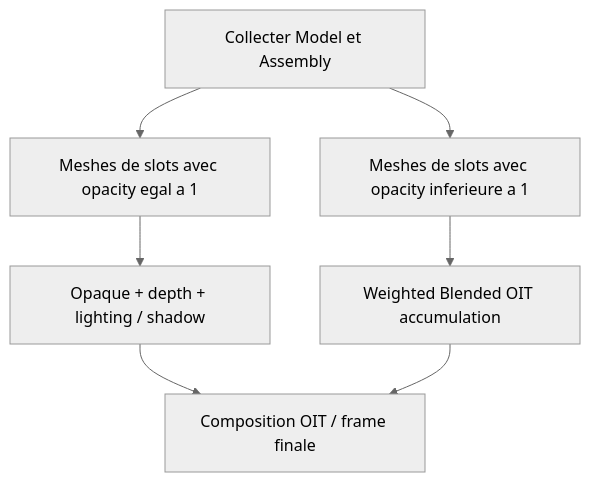
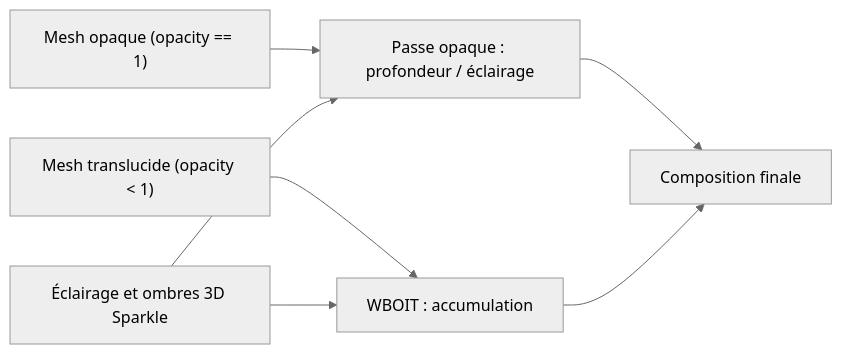
One commit to EreliaStudio/Sparkle changed the seventh of 7 diagrams in docs/voxel-engine-v0.1.4-specification.md. Above: the diagram before and after it, drawn with Mermaid (neutral theme). The commit also changed other lines of this file, not shown here.

Commit message:
docs: refactor voxel v0.1.4 into architecture-only specification

````diff
--- a/docs/voxel-engine-v0.1.4-specification.md
+++ b/docs/voxel-engine-v0.1.4-specification.md
@@ -619,9 +622,9 @@
-~~~mermaid
-flowchart TD
-  A[Collecter Model et Assembly] --> B[Meshes de slots avec opacity egal a 1]
-  A --> C[Meshes de slots avec opacity inferieure a 1]
-  B --> D[Opaque + depth + lighting / shadow]
-  C --> E[Weighted Blended OIT accumulation]
-  D --> F[Composition OIT / frame finale]
-  E --> F
-~~~
+```mermaid
+flowchart LR
+  A["Mesh opaque (opacity == 1)"] --> B["Passe opaque : profondeur / éclairage"]
+  C["Mesh translucide (opacity < 1)"] --> D["WBOIT : accumulation"]
+  B --> E["Composition finale"]
+  D --> E
+  L["Éclairage et ombres 3D Sparkle"] --> B
+  L --> D
+```
````
